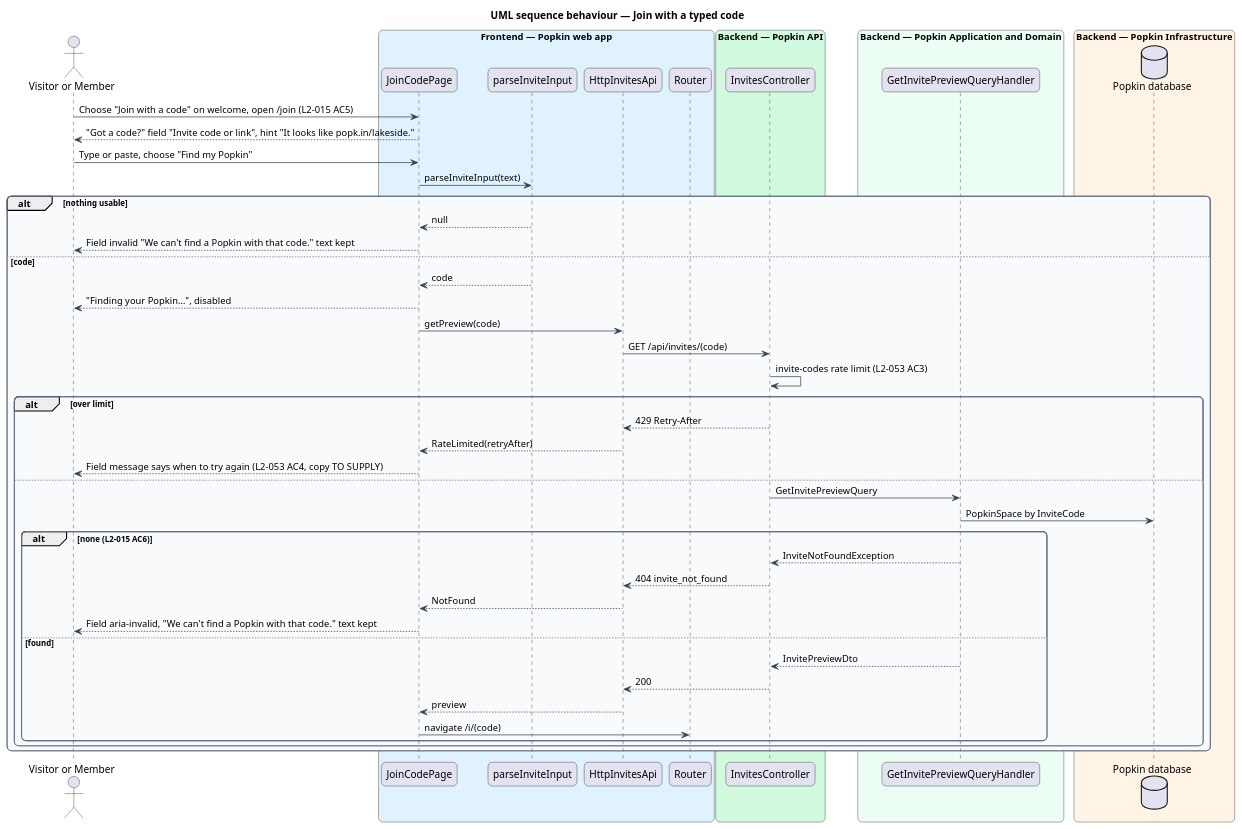
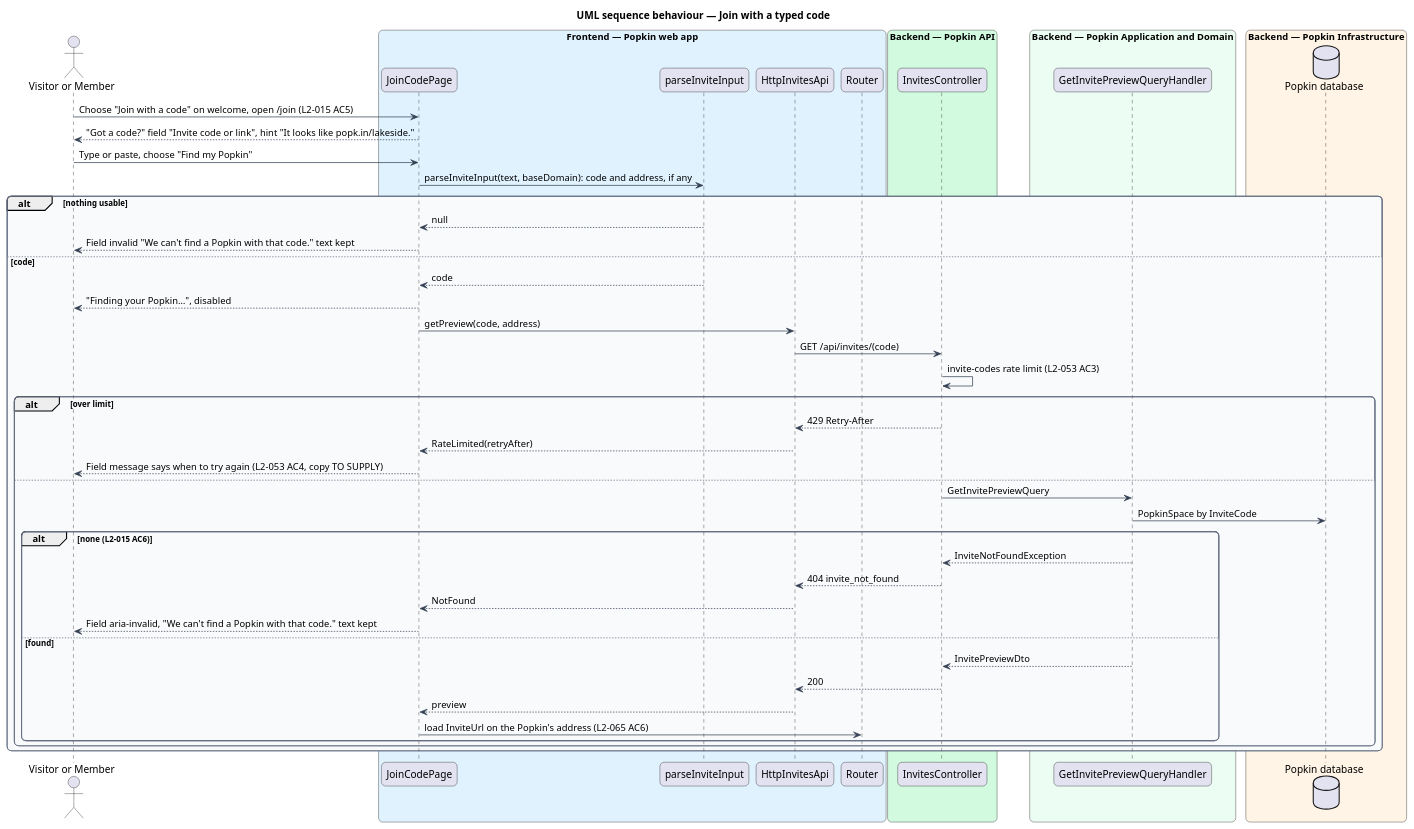
The diagram in docs/detailed-designs/invitations/join-by-code/diagrams/sequence-type-code.puml (QuinntyneBrown/popkin), drawn with PlantUML before and after one commit. The commit also changed 71 other files, not shown here.

First line of the commit message:
Design a Popkin's own address

```diff
--- a/docs/detailed-designs/invitations/join-by-code/diagrams/sequence-type-code.puml
+++ b/docs/detailed-designs/invitations/join-by-code/diagrams/sequence-type-code.puml
@@ -1,66 +1,66 @@
 @startuml
 title UML sequence behaviour — Join with a typed code
 skinparam backgroundColor #FFFFFF
 skinparam shadowing false
 skinparam roundcorner 12
 skinparam defaultFontName Arial
 skinparam ArrowColor #344054
 skinparam rectangle {
   BorderColor #344054
   FontColor #101828
 }
 skinparam package {
   BorderColor #667085
   FontColor #101828
   BackgroundColor #F9FAFB
 }
 actor "Visitor or Member" as actor
 box "Frontend — Popkin web app" #E0F2FE
   participant "JoinCodePage" as page
   participant "parseInviteInput" as parse
   participant "HttpInvitesApi" as client
   participant "Router" as router
 end box
 box "Backend — Popkin API" #D1FADF
   participant "InvitesController" as ctrl
 end box
 box "Backend — Popkin Application and Domain" #ECFDF3
   participant "GetInvitePreviewQueryHandler" as handler
 end box
 box "Backend — Popkin Infrastructure" #FFF4E5
   database "Popkin database" as db
 end box
 actor -> page : Choose "Join with a code" on welcome, open /join (L2-015 AC5)
 page --> actor : "Got a code?" field "Invite code or link", hint "It looks like popk.in/lakeside."
 actor -> page : Type or paste, choose "Find my Popkin"
-page -> parse : parseInviteInput(text)
+page -> parse : parseInviteInput(text, baseDomain): code and address, if any
 alt nothing usable
   parse --> page : null
   page --> actor : Field invalid "We can't find a Popkin with that code." text kept
 else code
   parse --> page : code
   page --> actor : "Finding your Popkin…", disabled
-  page -> client : getPreview(code)
+  page -> client : getPreview(code, address)
   client -> ctrl : GET /api/invites/(code)
   ctrl -> ctrl : invite-codes rate limit (L2-053 AC3)
   alt over limit
     ctrl --> client : 429 Retry-After
     client --> page : RateLimited(retryAfter)
     page --> actor : Field message says when to try again (L2-053 AC4, copy TO SUPPLY)
   else
     ctrl -> handler : GetInvitePreviewQuery
     handler -> db : PopkinSpace by InviteCode
     alt none (L2-015 AC6)
       handler --> ctrl : InviteNotFoundException
       ctrl --> client : 404 invite_not_found
       client --> page : NotFound
       page --> actor : Field aria-invalid, "We can't find a Popkin with that code." text kept
     else found
       handler --> ctrl : InvitePreviewDto
       ctrl --> client : 200
       client --> page : preview
-      page -> router : navigate /i/(code)
+      page -> router : load InviteUrl on the Popkin's address (L2-065 AC6)
     end
   end
 end
 @enduml
```
